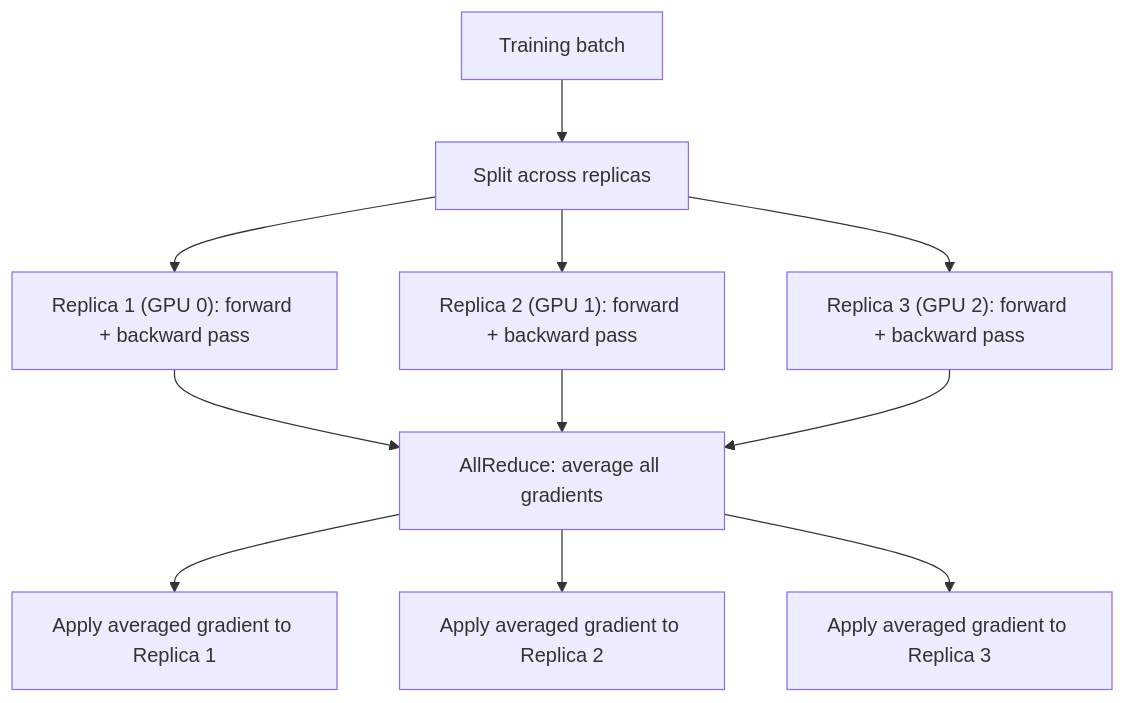
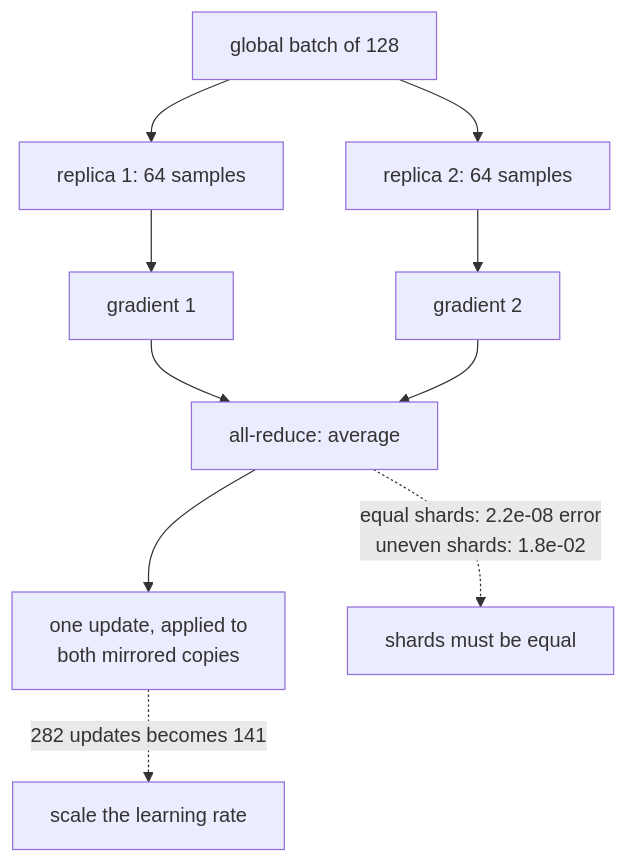
Before and after one commit to Ravikisha/PythonCentralHub: the diagram in src/content/docs/Deep Learning/Phase 08 - Scaling & Deploying Deep Models/Distributed Training with tf.distribute.mdx, drawn with Mermaid. The commit also changed other lines of this file and 626 other files, not shown here.

````diff
--- a/src/content/docs/Deep Learning/Phase 08 - Scaling & Deploying Deep Models/Distributed Training with tf.distribute.mdx
+++ b/src/content/docs/Deep Learning/Phase 08 - Scaling & Deploying Deep Models/Distributed Training with tf.distribute.mdx
@@ -53,13 +87,12 @@
-```mermaid title="Data parallelism with the mirrored strategy" desc="Each GPU holds an identical copy of the model; gradients are averaged (AllReduce) and the same update is applied everywhere."
+```mermaid
 flowchart TD
-  X["Training batch"] --> S["Split across replicas"]
-  S --> R1["Replica 1 (GPU 0): forward + backward pass"]
-  S --> R2["Replica 2 (GPU 1): forward + backward pass"]
-  S --> R3["Replica 3 (GPU 2): forward + backward pass"]
-  R1 --> AR["AllReduce: average all gradients"]
-  R2 --> AR
-  R3 --> AR
-  AR --> U1["Apply averaged gradient to Replica 1"]
-  AR --> U2["Apply averaged gradient to Replica 2"]
-  AR --> U3["Apply averaged gradient to Replica 3"]
+  B["global batch of 128"] --> S1["replica 1: 64 samples"]
+  B --> S2["replica 2: 64 samples"]
+  S1 --> G1["gradient 1"]
+  S2 --> G2["gradient 2"]
+  G1 --> AR["all-reduce: average"]
+  G2 --> AR
+  AR --> U["one update, applied to<br/>both mirrored copies"]
+  U -.->|"282 updates becomes 141"| L["scale the learning rate"]
+  AR -.->|"equal shards: 2.2e-08 error<br/>uneven shards: 1.8e-02"| E["shards must be equal"]
 ```
````
